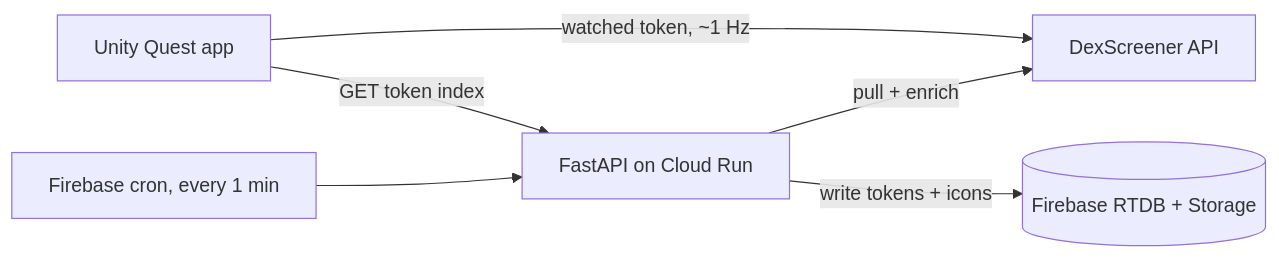
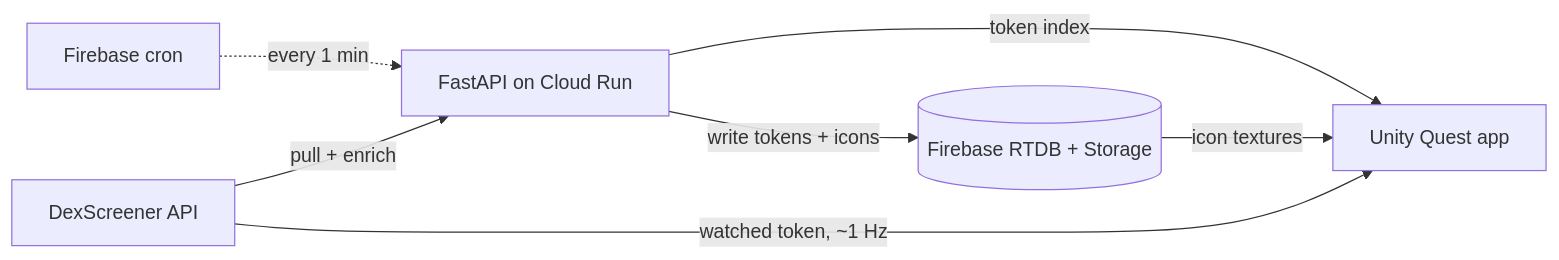
The second of 2 diagrams in README.md (aenoriss/metatokens), drawn with Mermaid before and after one commit.

Commit message:
Fix data-flow diagram arrow directions

````diff
--- a/README.md
+++ b/README.md
@@ -31,8 +31,9 @@
 ```mermaid
 flowchart LR
-  CF[Firebase cron, every 1 min] --> API[FastAPI on Cloud Run]
-  API -->|pull + enrich| DS[DexScreener API]
+  CF[Firebase cron] -. every 1 min .-> API[FastAPI on Cloud Run]
+  DS[DexScreener API] -->|pull + enrich| API
   API -->|write tokens + icons| FB[(Firebase RTDB + Storage)]
-  Q[Unity Quest app] -->|GET token index| API
-  Q -->|watched token, ~1 Hz| DS
+  API -->|token index| Q[Unity Quest app]
+  FB -->|icon textures| Q
+  DS -->|watched token, ~1 Hz| Q
 ```
````
